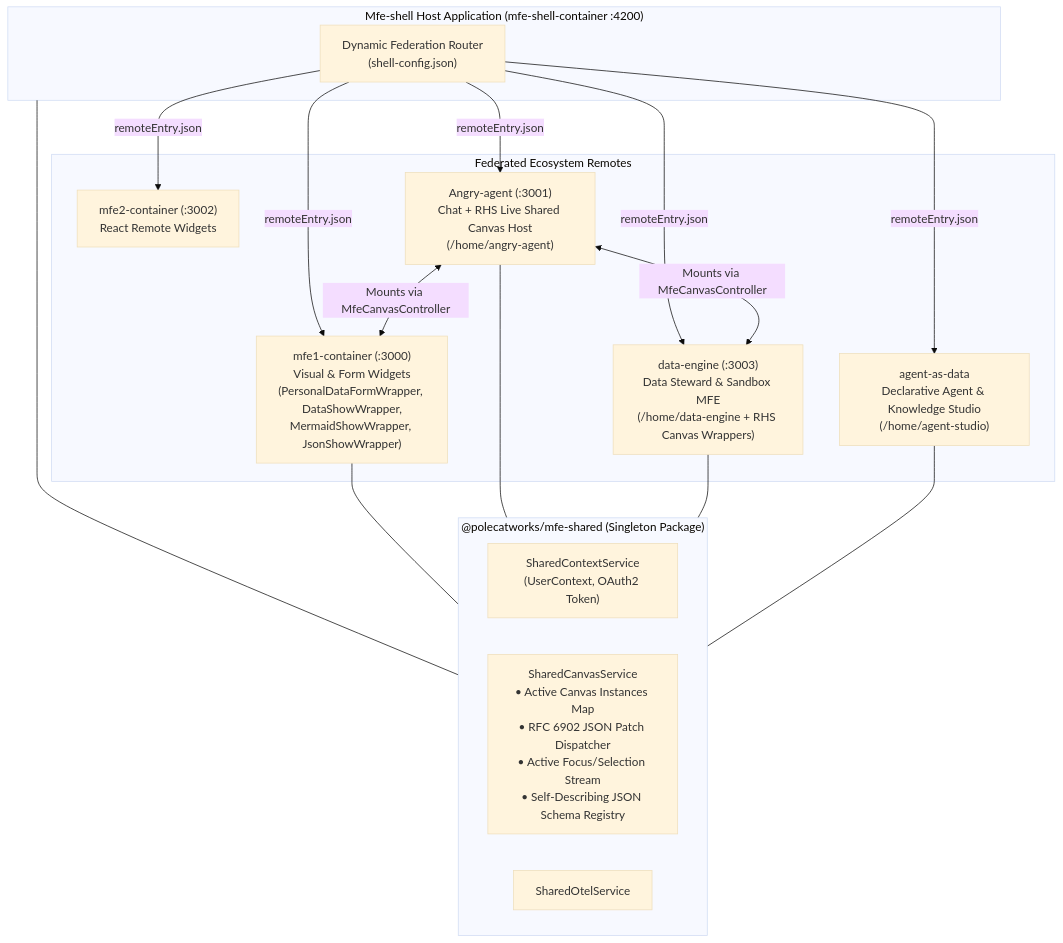
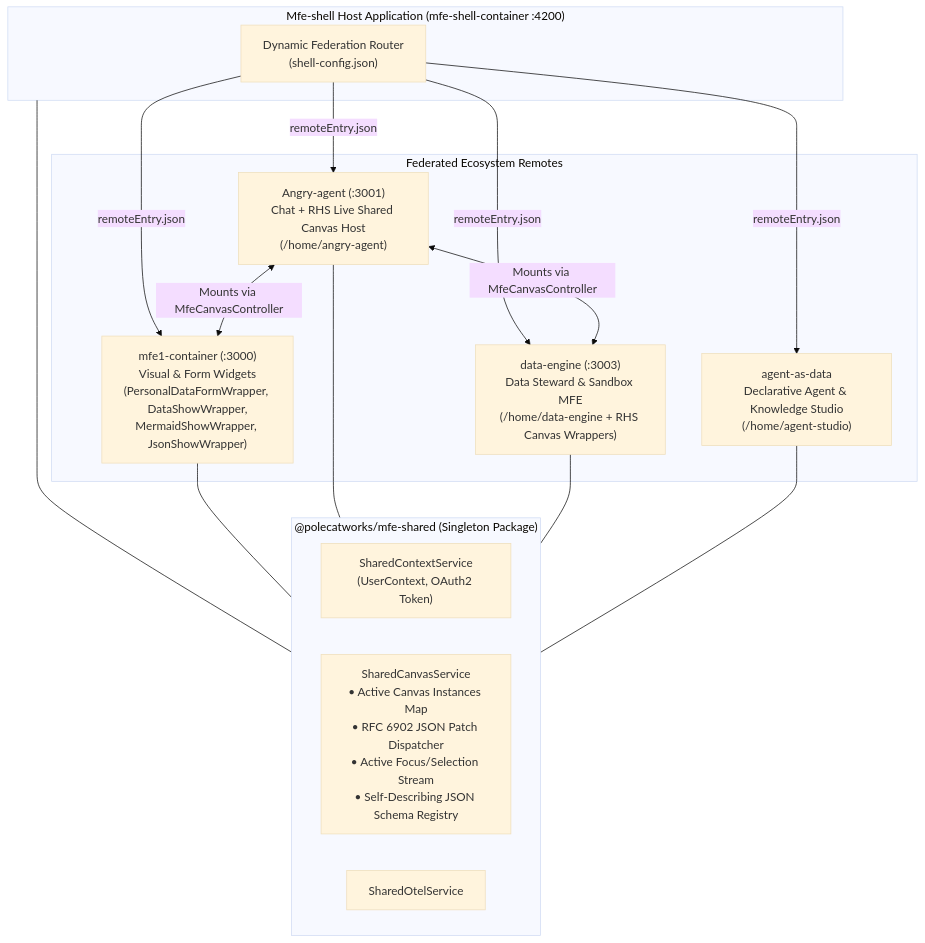
Before and after one commit to PolecatWorks/Mfe-shell: the diagram in spec/prds/shared-canvas-protocol-and-ecosystem-prd.md, drawn with Mermaid (base theme). The commit also changed other lines of this file and 58 other files, not shown here.

Commit message:
chore: retire mfe2-container and legacy spec/requirements docs

````diff
--- a/spec/prds/shared-canvas-protocol-and-ecosystem-prd.md
+++ b/spec/prds/shared-canvas-protocol-and-ecosystem-prd.md
@@ -13,28 +13,27 @@
 ```mermaid
 flowchart TB
     subgraph Portal["Mfe-shell Host Application (mfe-shell-container :4200)"]
         Router["Dynamic Federation Router\n(shell-config.json)"]
     end
 
     subgraph Shared["@polecatworks/mfe-shared (Singleton Package)"]
         CtxSvc["SharedContextService\n(UserContext, OAuth2 Token)"]
         CanvasSvc["SharedCanvasService\n• Active Canvas Instances Map\n• RFC 6902 JSON Patch Dispatcher\n• Active Focus/Selection Stream\n• Self-Describing JSON Schema Registry"]
         OtelSvc["SharedOtelService"]
     end
 
     subgraph Remotes["Federated Ecosystem Remotes"]
         MFE1["mfe1-container (:3000)\nVisual & Form Widgets\n(PersonalDataFormWrapper, DataShowWrapper,\nMermaidShowWrapper, JsonShowWrapper)"]
-        MFE2["mfe2-container (:3002)\nReact Remote Widgets"]
         Angry["Angry-agent (:3001)\nChat + RHS Live Shared Canvas Host\n(/home/angry-agent)"]
         DE["data-engine (:3003)\nData Steward & Sandbox MFE\n(/home/data-engine + RHS Canvas Wrappers)"]
         AAD["agent-as-data\nDeclarative Agent & Knowledge Studio\n(/home/agent-studio)"]
     end
 
-    Router -->|"remoteEntry.json"| MFE1 & MFE2 & Angry & DE & AAD
+    Router -->|"remoteEntry.json"| MFE1 & Angry & DE & AAD
     Portal --- Shared
     MFE1 --- Shared
     Angry --- Shared
     DE --- Shared
     AAD --- Shared
     Angry <-->|"Mounts via MfeCanvasController"| MFE1 & DE
 ```
````
